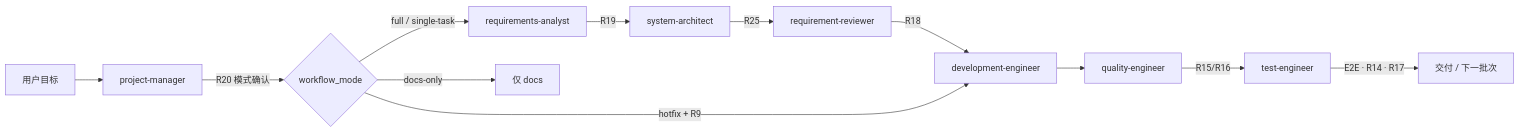
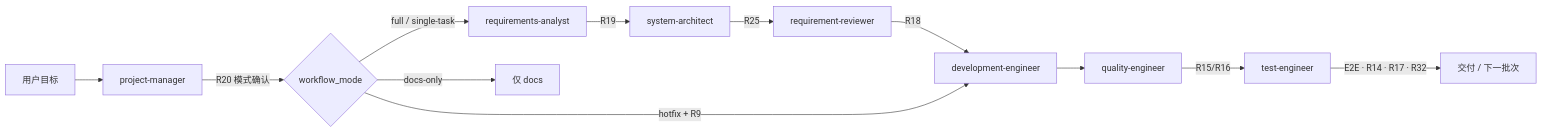
Before and after one commit to liuxing6688/easy-harness: the first of 2 diagrams in cursor/README.md, drawn with Mermaid. The commit also changed other lines of this file and 184 other files, not shown here.

````diff
--- a/cursor/README.md
+++ b/cursor/README.md
@@ -49,14 +54,14 @@
 ```mermaid
 flowchart LR
   U[用户目标] --> PM[project-manager]
   PM -->|R20 模式确认| M{workflow_mode}
   M -->|full / single-task| RA[requirements-analyst]
   RA -->|R19| SA[system-architect]
   SA -->|R25| RR[requirement-reviewer]
   RR -->|R18| DE[development-engineer]
   M -->|hotfix + R9| DE
   M -->|docs-only| DOC[仅 docs]
   DE --> QE[quality-engineer]
   QE -->|R15/R16| TE[test-engineer]
-  TE -->|E2E · R14 · R17| DONE[交付 / 下一批次]
+  TE -->|E2E · R14 · R17 · R32| DONE[交付 / 下一批次]
 ```
````
